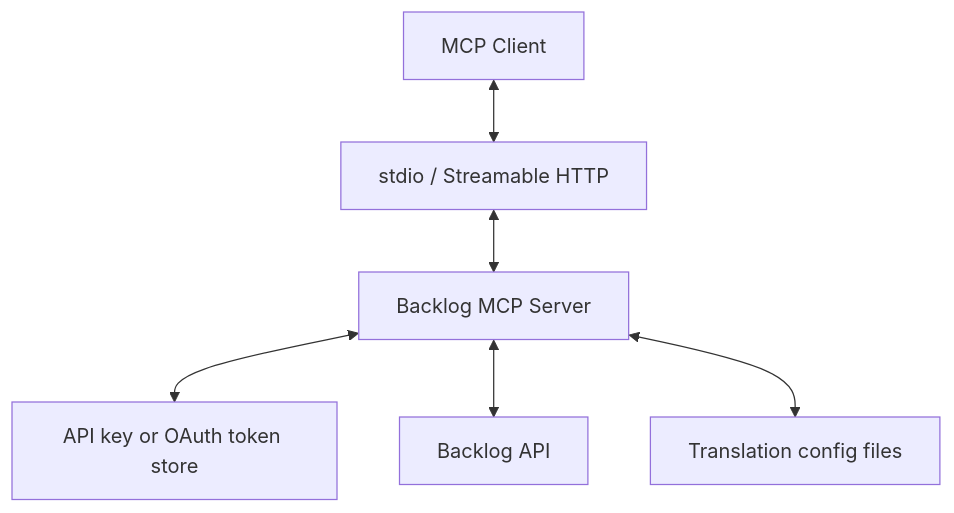
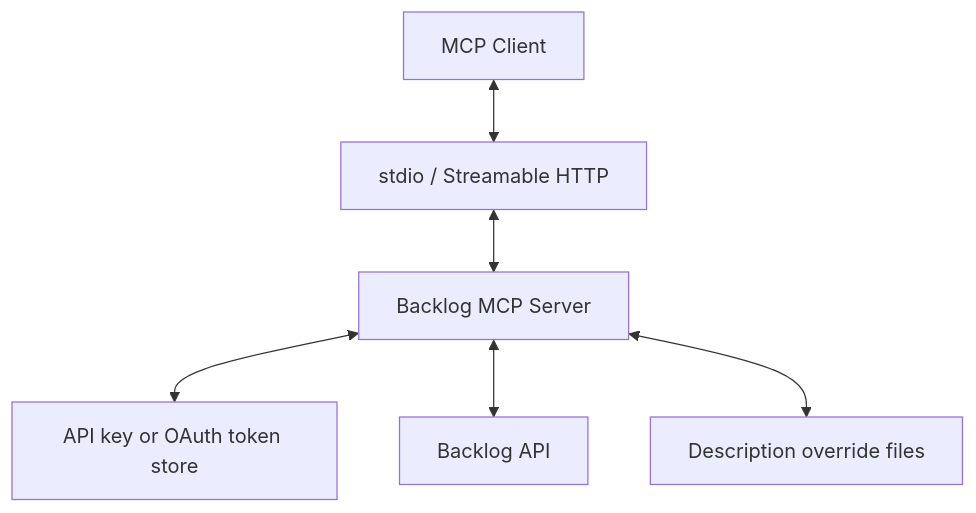
The first of 6 diagrams in docs/systemPatterns.md (nulab/backlog-mcp-server), drawn with Mermaid before and after one commit. The commit also changed other lines of this file and 149 other files, not shown here.

````diff
--- a/docs/systemPatterns.md
+++ b/docs/systemPatterns.md
@@ -7,8 +7,8 @@
 ```mermaid
 graph TD
     Client[MCP Client] <--> Transport[stdio / Streamable HTTP]
     Transport <--> Server[Backlog MCP Server]
     Server <--> Auth[API key or OAuth token store]
     Server <--> BacklogAPI[Backlog API]
-    Server <--> Config[Translation config files]
+    Server <--> Config[Description override files]
 ```
````
